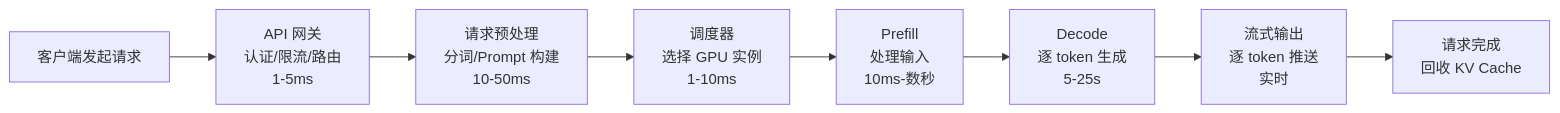
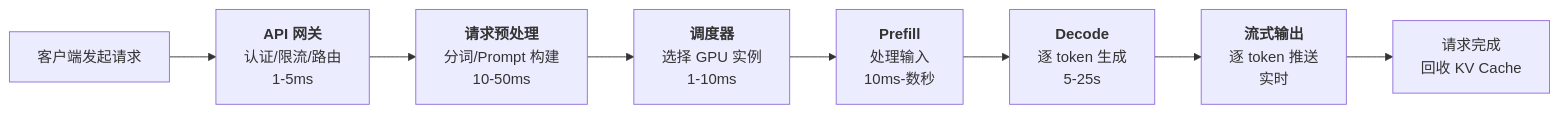
Before and after one commit to fenixsoft/dmla: the first of 2 diagrams in docs/ai-infra-engineering/model-serving/inference-service-architecture.md, drawn with Mermaid. The commit also changed other lines of this file and 14 other files, not shown here.

````diff
--- a/docs/ai-infra-engineering/model-serving/inference-service-architecture.md
+++ b/docs/ai-infra-engineering/model-serving/inference-service-architecture.md
@@ -66,10 +43,10 @@
 ```mermaid compact
 graph LR
-    A["客户端发起请求"] --> B["API 网关<br>认证/限流/路由<br>1-5ms"]
-    B --> C["请求预处理<br>分词/Prompt 构建<br>10-50ms"]
-    C --> D["调度器<br>选择 GPU 实例<br>1-10ms"]
-    D --> E["Prefill<br>处理输入<br>10ms-数秒"]
-    E --> F["Decode<br>逐 token 生成<br>5-25s"]
-    F --> G["流式输出<br>逐 token 推送<br>实时"]
+    A["客户端发起请求"] --> B["<b>API 网关</b><br>认证/限流/路由<br>1-5ms"]
+    B --> C["<b>请求预处理</b><br>分词/Prompt 构建<br>10-50ms"]
+    C --> D["<b>调度器</b><br>选择 GPU 实例<br>1-10ms"]
+    D --> E["<b>Prefill</b><br>处理输入<br>10ms-数秒"]
+    E --> F["<b>Decode</b><br>逐 token 生成<br>5-25s"]
+    F --> G["<b>流式输出</b><br>逐 token 推送<br>实时"]
     G --> H["请求完成<br>回收 KV Cache"]
 ```
````
